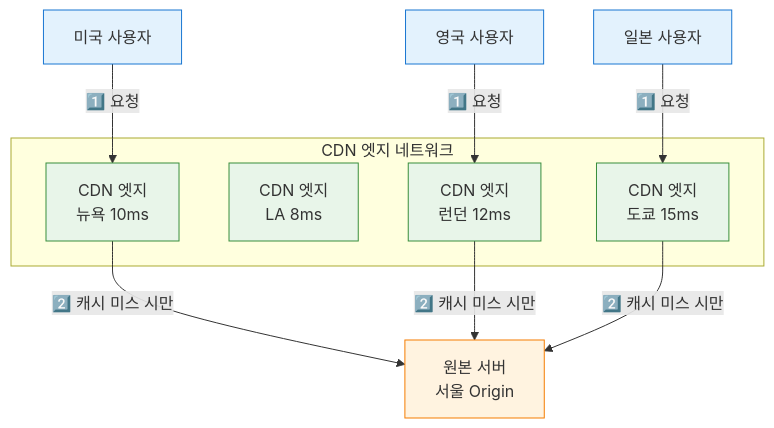
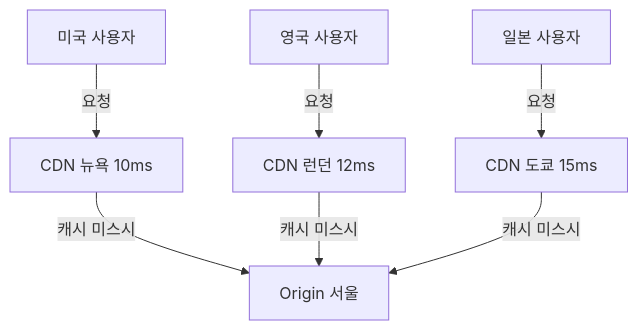
Diagram 12 of 17 in _posts/systemdesign/2026-05-02-system-design-fundamentals.md (yjkim2015/yjkim2015.github.io), drawn with Mermaid before and after one commit. The commit also changed other lines of this file and 215 other files, not shown here.

First line of the commit message:
신규 포스트 10개 추가 + Mermaid 전면 축소 + SystemDesign 시리즈 보강

````diff
--- a/_posts/systemdesign/2026-05-02-system-design-fundamentals.md
+++ b/_posts/systemdesign/2026-05-02-system-design-fundamentals.md
@@ -567,25 +447,10 @@
 ```mermaid
 graph TD
-    Origin["원본 서버\n서울 Origin"]
-    subgraph "CDN 엣지 네트워크"
-        CDN_NY["CDN 엣지\n뉴욕 10ms"]
-        CDN_LA["CDN 엣지\nLA 8ms"]
-        CDN_London["CDN 엣지\n런던 12ms"]
-        CDN_Tokyo["CDN 엣지\n도쿄 15ms"]
-    end
-
-    U_US["미국 사용자"] -->|"1️⃣ 요청"| CDN_NY
-    U_UK["영국 사용자"] -->|"1️⃣ 요청"| CDN_London
-    U_JP["일본 사용자"] -->|"1️⃣ 요청"| CDN_Tokyo
-
-    CDN_NY -->|"2️⃣ 캐시 미스 시만"| Origin
-    CDN_London -->|"2️⃣ 캐시 미스 시만"| Origin
-    CDN_Tokyo -->|"2️⃣ 캐시 미스 시만"| Origin
-
-    classDef client fill:#e3f2fd,stroke:#1976d2
-    classDef server fill:#e8f5e9,stroke:#388e3c
-    classDef db fill:#fff3e0,stroke:#f57c00
-    class U_US,U_UK,U_JP client
-    class CDN_NY,CDN_LA,CDN_London,CDN_Tokyo server
-    class Origin db
+    Origin["Origin 서울"]
+    U_US["미국 사용자"] -->|요청| NY["CDN 뉴욕 10ms"]
+    U_UK["영국 사용자"] -->|요청| LON["CDN 런던 12ms"]
+    U_JP["일본 사용자"] -->|요청| TOK["CDN 도쿄 15ms"]
+    NY -->|캐시 미스시| Origin
+    LON -->|캐시 미스시| Origin
+    TOK -->|캐시 미스시| Origin
 ```
````
